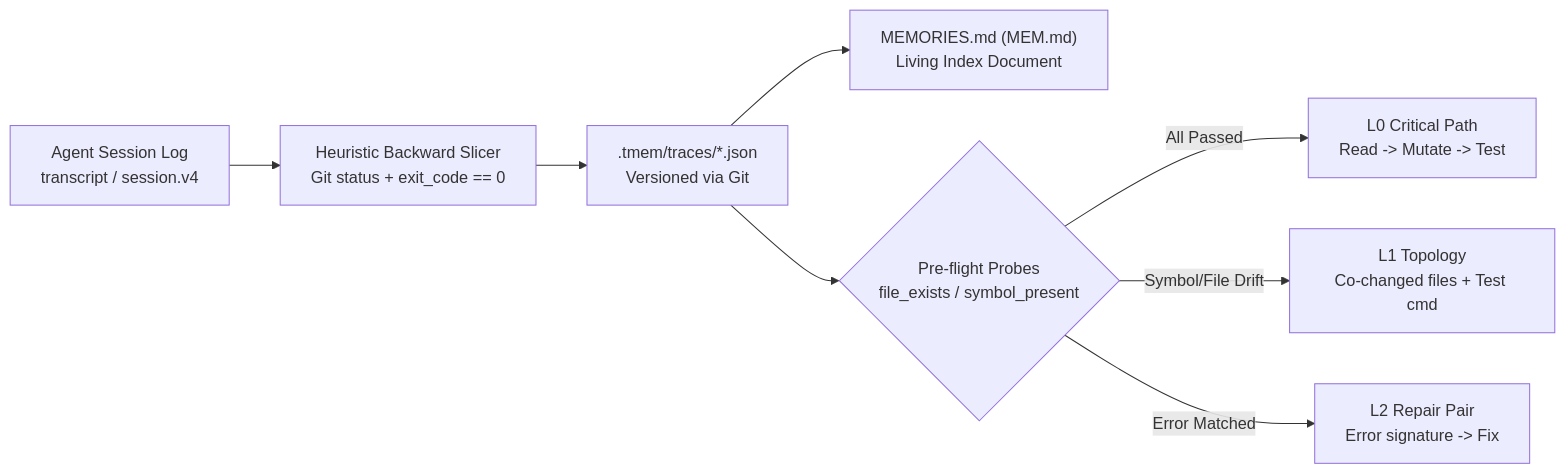
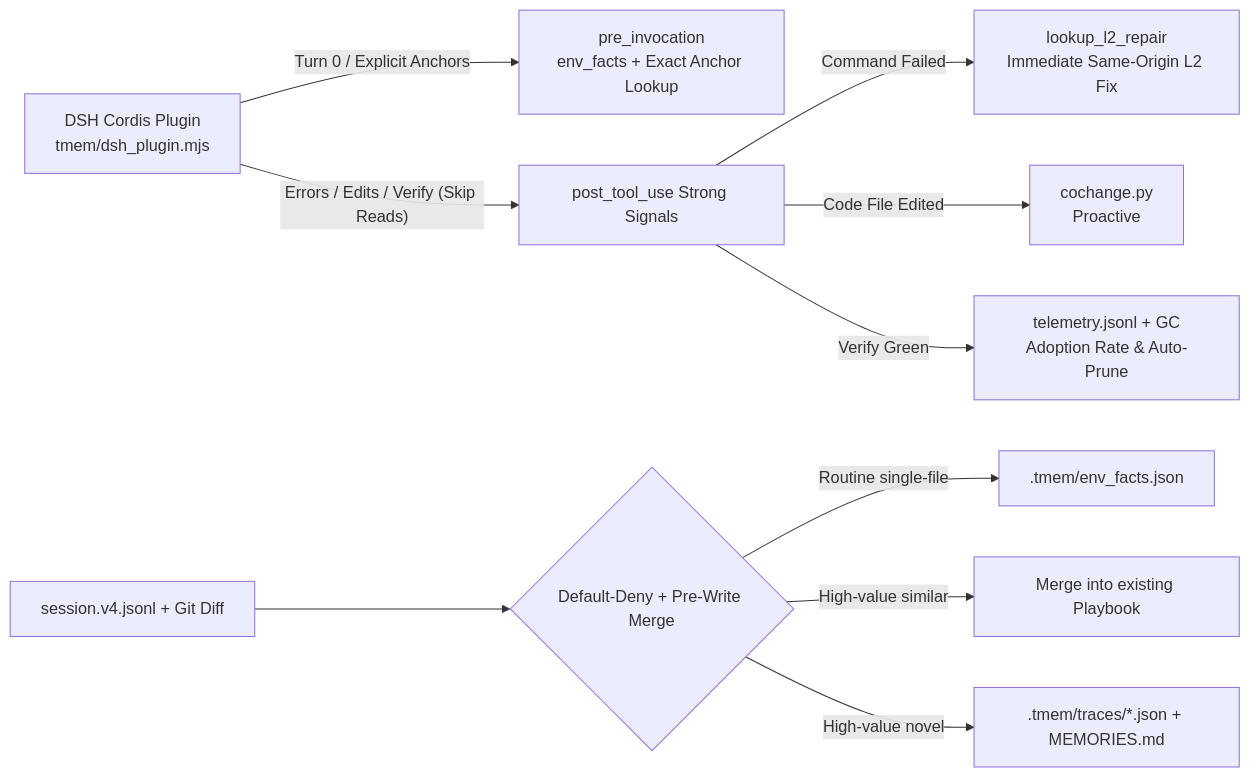
The diagram in README_EN.md (kentzjh-cmd/tmem), drawn with Mermaid before and after one commit. The commit also changed other lines of this file and 44 other files, not shown here.

Commit message:
feat(dsh): overhaul tmem for DSH-only precision memory, zero-token session digests, and telemetry

````diff
--- a/README_EN.md
+++ b/README_EN.md
@@ -46,10 +48,12 @@
 ```mermaid
 flowchart LR
-    Log["Agent Session Log<br/>transcript / session.v4"] --> Slice["Heuristic Backward Slicer<br/>Git status + exit_code == 0"]
-    Slice --> Traces[".tmem/traces/*.json<br/>Versioned via Git"]
-    Traces --> Sync["MEMORIES.md (MEM.md)<br/>Living Index Document"]
-    Traces --> Guard{"Pre-flight Probes<br/>file_exists / symbol_present"}
-    Guard -->|"All Passed"| L0["L0 Critical Path<br/>Read -> Mutate -> Test"]
-    Guard -->|"Symbol/File Drift"| L1["L1 Topology<br/>Co-changed files + Test cmd"]
-    Guard -->|"Error Matched"| L2["L2 Repair Pair<br/>Error signature -> Fix"]
+    DSH["DSH Cordis Plugin<br/>tmem/dsh_plugin.mjs"] -->|"Turn 0 / Explicit Anchors"| Pre["pre_invocation<br/>env_facts + Exact Anchor Lookup"]
+    DSH -->|"Errors / Edits / Verify (Skip Reads)"| Post["post_tool_use Strong Signals"]
+    Post -->|"Command Failed"| L2["lookup_l2_repair<br/>Immediate Same-Origin L2 Fix"]
+    Post -->|"Code File Edited"| L1["cochange.py<br/>Proactive <tmem_cochange_hint>"]
+    Post -->|"Verify Green"| Tel["telemetry.jsonl + GC<br/>Adoption Rate & Auto-Prune"]
+    Log["session.v4.jsonl + Git Diff"] --> Gate{"Default-Deny + Pre-Write Merge"}
+    Gate -->|"Routine single-file"| Env[".tmem/env_facts.json"]
+    Gate -->|"High-value similar"| Merge["Merge into existing Playbook"]
+    Gate -->|"High-value novel"| Traces[".tmem/traces/*.json + MEMORIES.md"]
 ```
````
